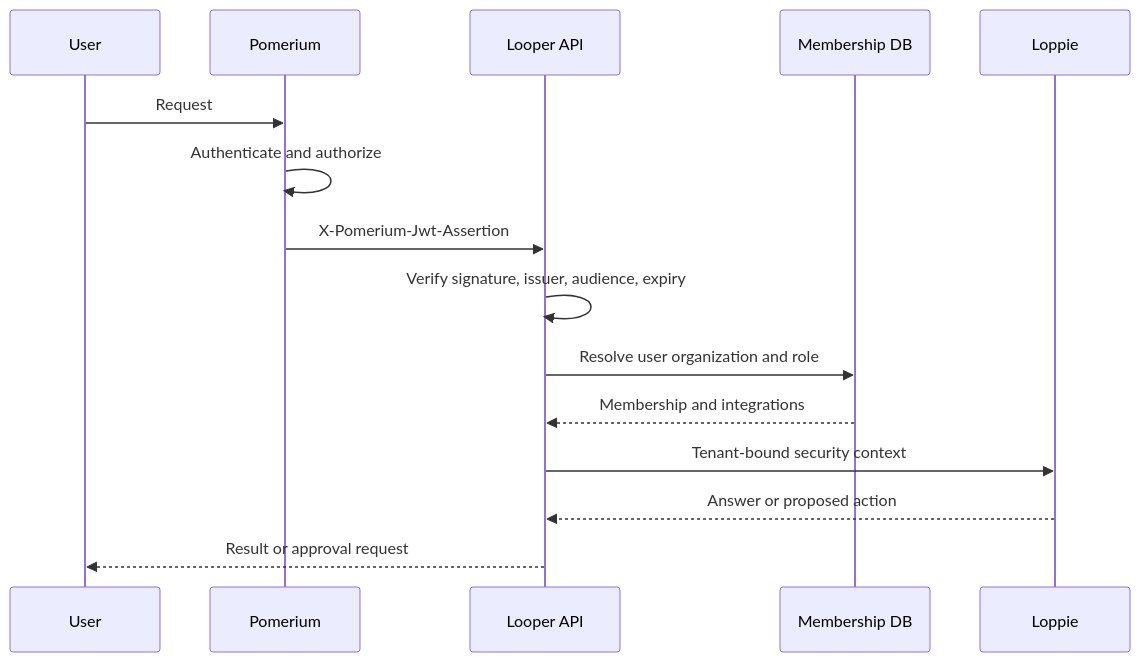
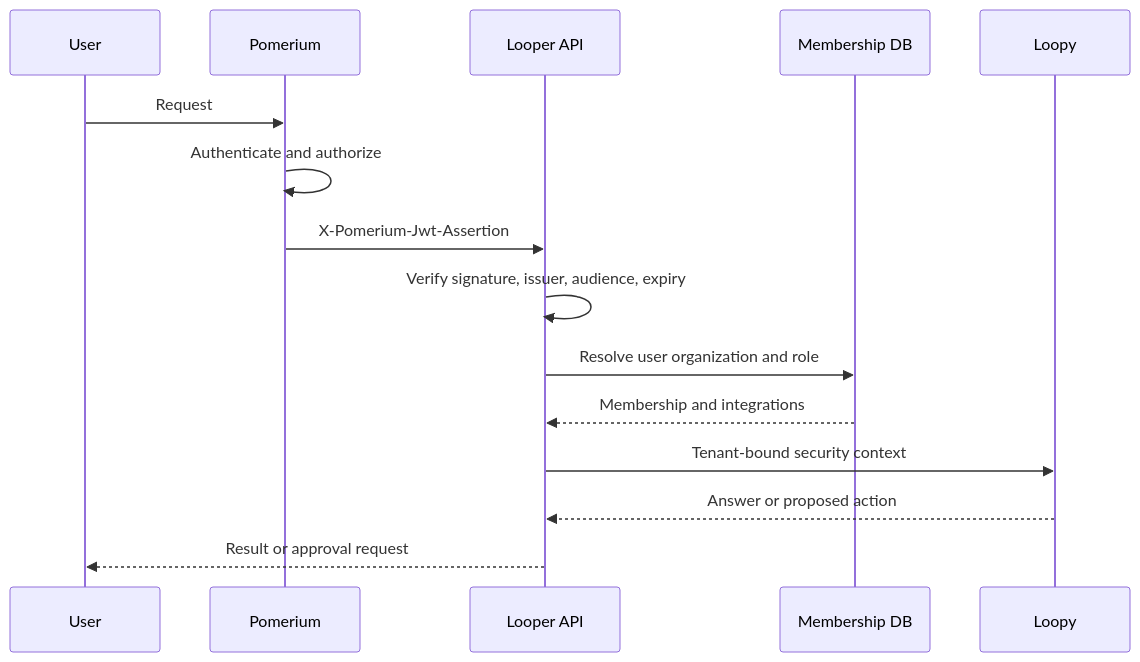
The second of 2 diagrams in security/README.md (aaronrl25/loophacka), drawn with Mermaid before and after one commit. The commit also changed 8 other files, not shown here.

````diff
--- a/security/README.md
+++ b/security/README.md
@@ -24,17 +24,17 @@
 ```mermaid
 sequenceDiagram
   participant U as User
   participant P as Pomerium
   participant API as Looper API
   participant DB as Membership DB
-  participant Agent as Loppie
+  participant Agent as Loopy
   U->>P: Request
   P->>P: Authenticate and authorize
   P->>API: X-Pomerium-Jwt-Assertion
   API->>API: Verify signature, issuer, audience, expiry
   API->>DB: Resolve user organization and role
   DB-->>API: Membership and integrations
   API->>Agent: Tenant-bound security context
   Agent-->>API: Answer or proposed action
   API-->>U: Result or approval request
 ```
````
